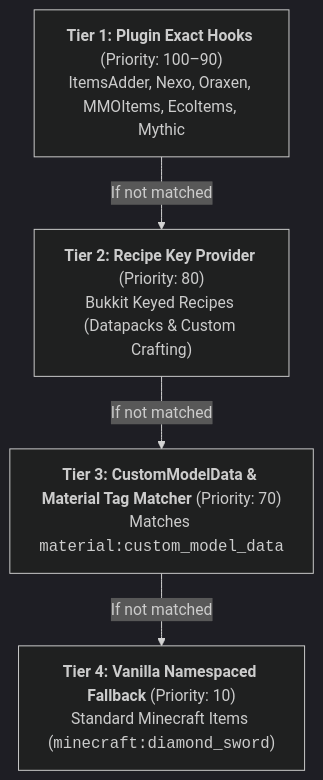
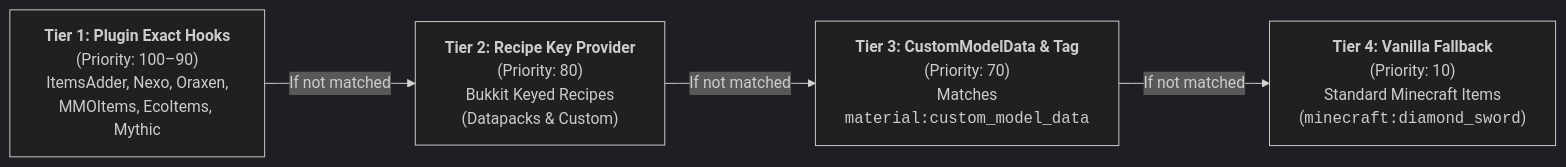
Before and after one commit to XZtotal/CraftingBlueprints-Wiki: the diagram in docs/authoring/custom-items-spi.md, drawn with Mermaid (dark theme). The commit also changed 15 other files, not shown here.

Commit message:
style(docs): center diagrams, widen linear flows, reduce font size, and set table padding to 0.5rem

````diff
--- a/docs/authoring/custom-items-spi.md
+++ b/docs/authoring/custom-items-spi.md
@@ -33,11 +33,11 @@
 ```mermaid
-flowchart TD
-    T1["<b>Tier 1: Plugin Exact Hooks</b> (Priority: 100–90)<br/>ItemsAdder, Nexo, Oraxen, MMOItems, EcoItems, Mythic"]
-    T2["<b>Tier 2: Recipe Key Provider</b> (Priority: 80)<br/>Bukkit Keyed Recipes (Datapacks &amp; Custom Crafting)"]
-    T3["<b>Tier 3: CustomModelData &amp; Material Tag Matcher</b> (Priority: 70)<br/>Matches <code>material:custom_model_data</code>"]
-    T4["<b>Tier 4: Vanilla Namespaced Fallback</b> (Priority: 10)<br/>Standard Minecraft Items (<code>minecraft:diamond_sword</code>)"]
+flowchart LR
+    T1["<b>Tier 1: Plugin Exact Hooks</b><br/>(Priority: 100–90)<br/>ItemsAdder, Nexo, Oraxen,<br/>MMOItems, EcoItems, Mythic"]
+    T2["<b>Tier 2: Recipe Key Provider</b><br/>(Priority: 80)<br/>Bukkit Keyed Recipes<br/>(Datapacks &amp; Custom)"]
+    T3["<b>Tier 3: CustomModelData &amp; Tag</b><br/>(Priority: 70)<br/>Matches<br/><code>material:custom_model_data</code>"]
+    T4["<b>Tier 4: Vanilla Fallback</b><br/>(Priority: 10)<br/>Standard Minecraft Items<br/>(<code>minecraft:diamond_sword</code>)"]
 
     T1 -->|If not matched| T2
     T2 -->|If not matched| T3
     T3 -->|If not matched| T4
 ```
````
